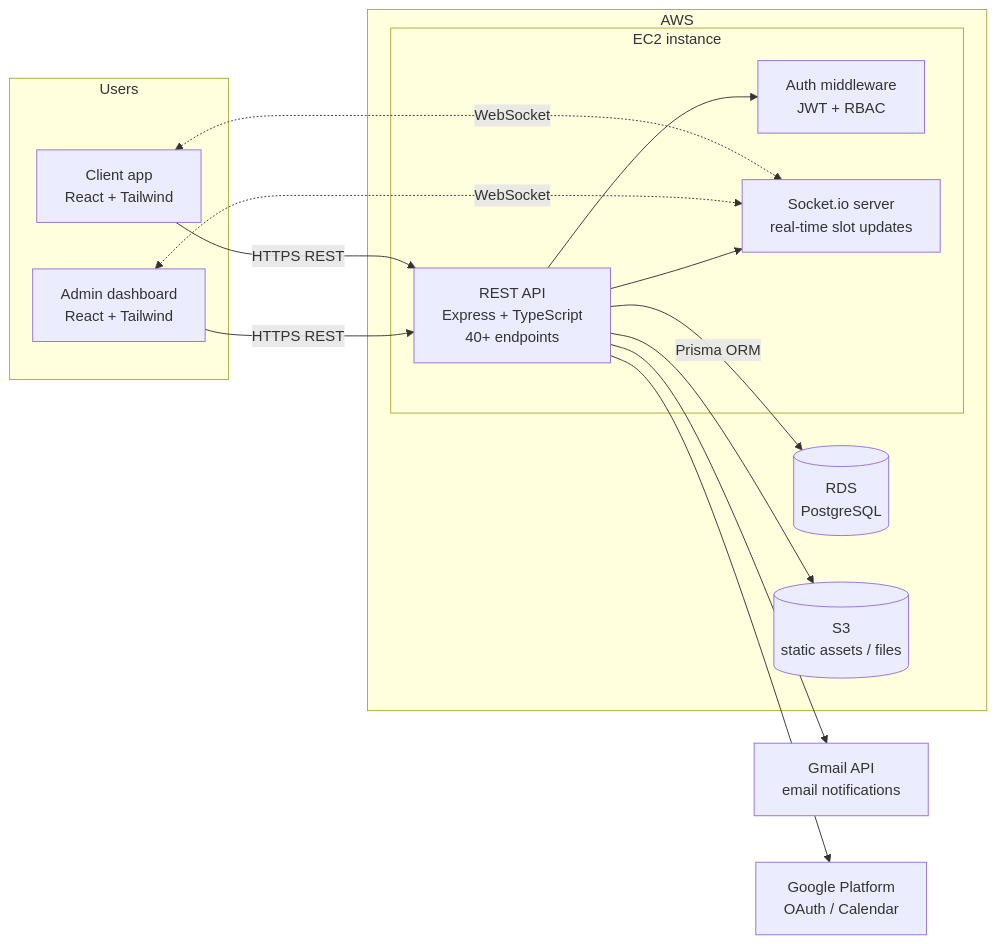
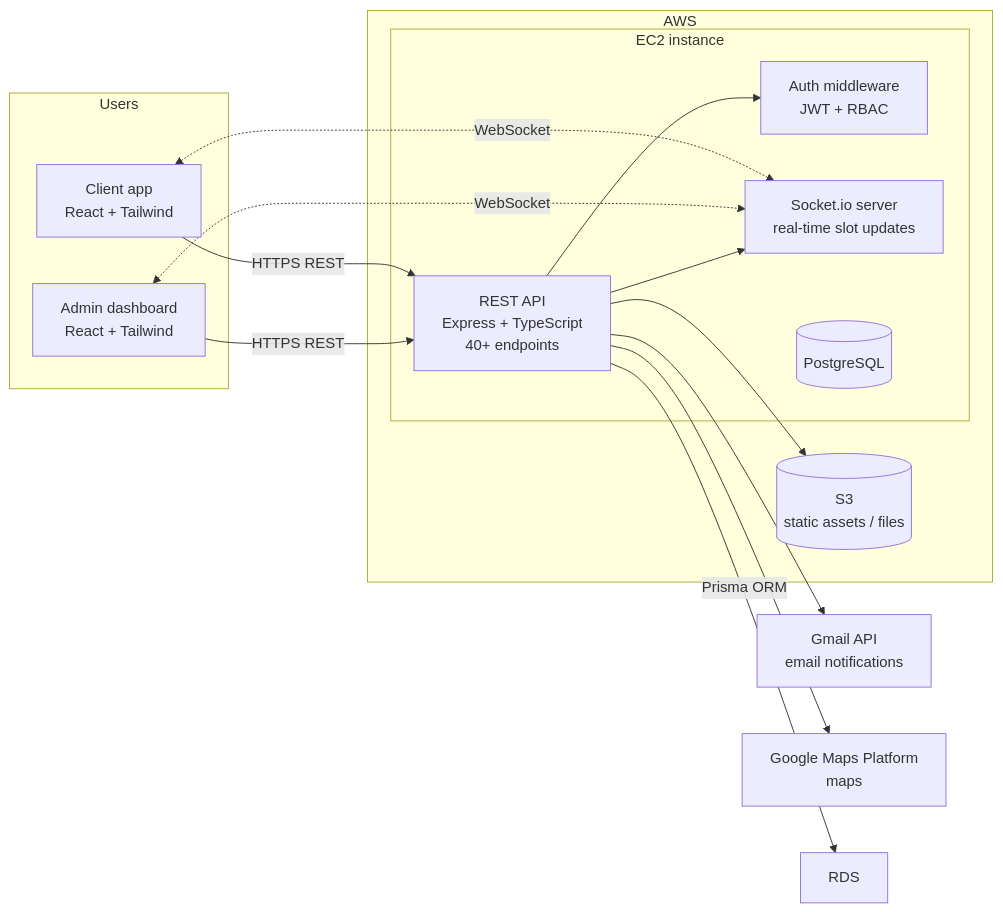
Before and after one commit to AmineZouh/booking-platform-case-study: the diagram in README.md, drawn with Mermaid. The commit also changed other lines of this file, not shown here.

Commit message:
diagram correction, app structure, no RDS.

````diff
--- a/README.md
+++ b/README.md
@@ -55,31 +55,31 @@
 ```mermaid
 flowchart LR
     subgraph Users["Users"]
         C["Client app<br/>React + Tailwind"]
         A["Admin dashboard<br/>React + Tailwind"]
     end
 
     subgraph AWS["AWS"]
         subgraph Server["EC2 instance"]
             API["REST API<br/>Express + TypeScript<br/>40+ endpoints"]
             AUTH["Auth middleware<br/>JWT + RBAC"]
             WS["Socket.io server<br/>real-time slot updates"]
+            DB[("PostgreSQL")]
         end
-        RDS[("RDS<br/>PostgreSQL")]
         S3[("S3<br/>static assets / files")]
     end
 
     GMAIL["Gmail API<br/>email notifications"]
-    GOOGLE["Google Platform<br/>OAuth / Calendar"]
+    GOOGLE["Google Maps Platform<br/>maps"]
 
     C -->|HTTPS REST| API
     A -->|HTTPS REST| API
     C <-.->|WebSocket| WS
     A <-.->|WebSocket| WS
     API --> AUTH
     API --> WS
     API -->|Prisma ORM| RDS
     API --> S3
     API --> GMAIL
     API --> GOOGLE
 ```
````
